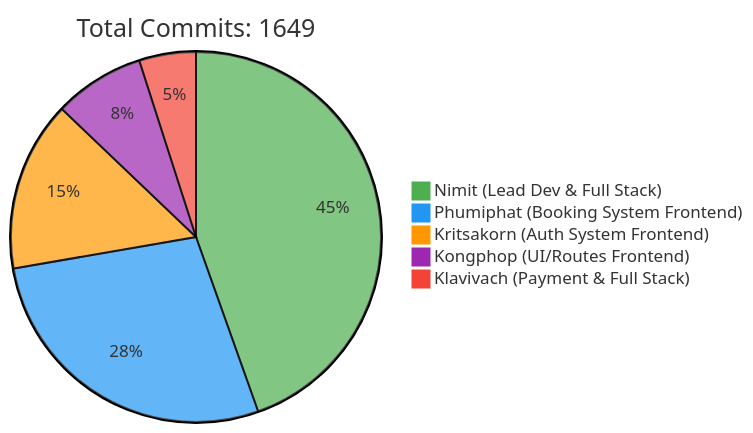
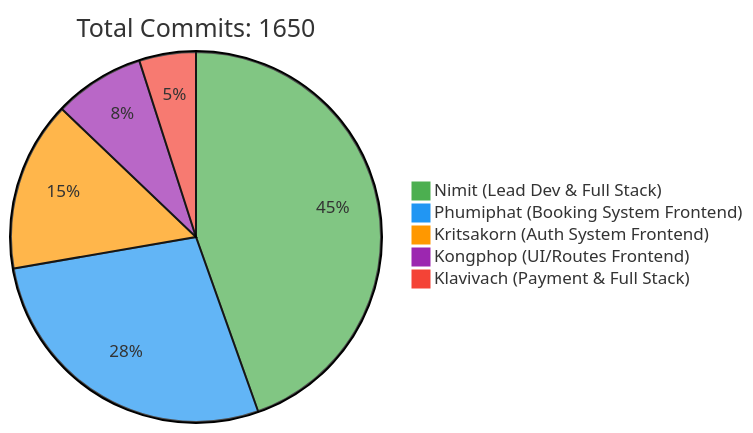
The first of 2 diagrams in README.md (6531503042/Sport-Complex), drawn with Mermaid before and after one commit. The commit also changed other lines of this file, not shown here.

Commit message:
docs: Update contributor statistics [skip ci]

````diff
--- a/README.md
+++ b/README.md
@@ -257,10 +257,10 @@
 ```mermaid
 %%{init: {'theme': 'base', 'themeVariables': { 'pie1': '#4CAF50', 'pie2': '#2196F3', 'pie3': '#FF9800', 'pie4': '#9C27B0', 'pie5': '#F44336'}}}%%
 pie
-    title Total Commits: 1649
+    title Total Commits: 1650
     "Nimit (Lead Dev & Full Stack)" : 450
     "Phumiphat (Booking System Frontend)" : 280
     "Kritsakorn (Auth System Frontend)" : 150
     "Kongphop (UI/Routes Frontend)" : 80
     "Klavivach (Payment & Full Stack)" : 50
 ```
````
